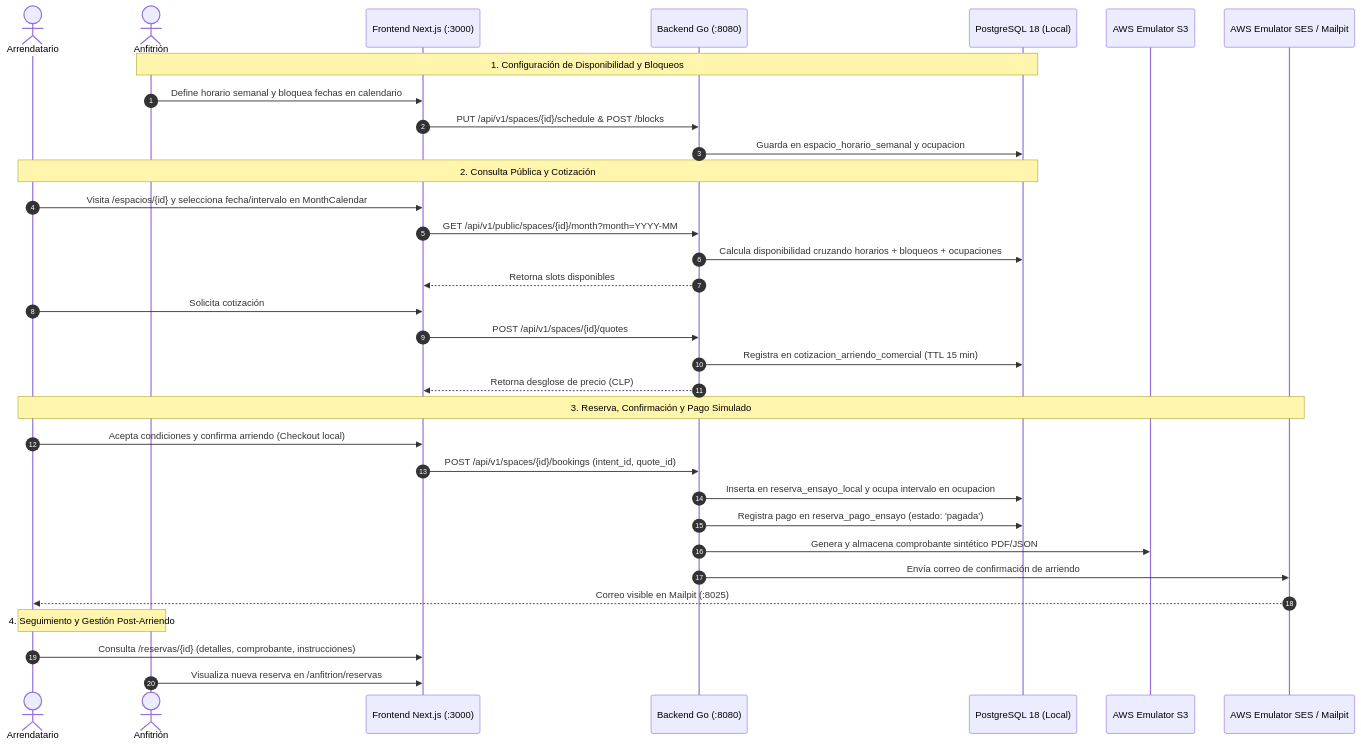
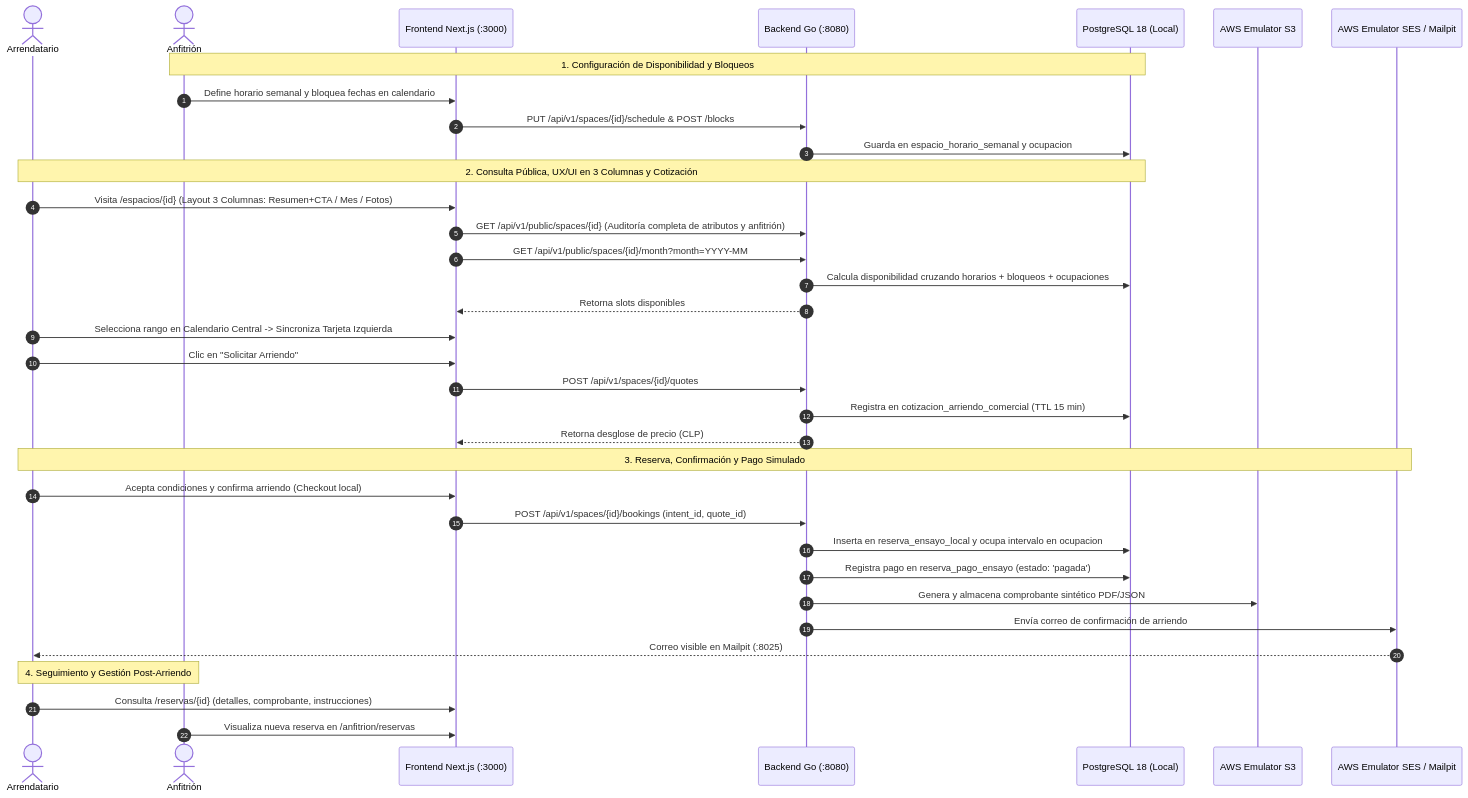
The diagram in planning/plan_flujo_arrendamiento_local_aws.md (HernanEspinozaDev/espacigo-aws), drawn with Mermaid before and after one commit. The commit also changed other lines of this file, not shown here.

Commit message:
docs(planning): integrate 3-column UX/UI public listing overhaul and field audit into rental plan

````diff
--- a/planning/plan_flujo_arrendamiento_local_aws.md
+++ b/planning/plan_flujo_arrendamiento_local_aws.md
@@ -31,39 +31,41 @@
 ```mermaid
 sequenceDiagram
     autonumber
     actor U as Arrendatario
     actor H as Anfitrión
     participant FE as Frontend Next.js (:3000)
     participant API as Backend Go (:8080)
     participant DB as PostgreSQL 18 (Local)
     participant S3 as AWS Emulator S3
     participant SES as AWS Emulator SES / Mailpit
 
     Note over H, DB: 1. Configuración de Disponibilidad y Bloqueos
     H->>FE: Define horario semanal y bloquea fechas en calendario
     FE->>API: PUT /api/v1/spaces/{id}/schedule & POST /blocks
     API->>DB: Guarda en espacio_horario_semanal y ocupacion
 
-    Note over U, DB: 2. Consulta Pública y Cotización
-    U->>FE: Visita /espacios/{id} y selecciona fecha/intervalo en MonthCalendar
+    Note over U, DB: 2. Consulta Pública, UX/UI en 3 Columnas y Cotización
+    U->>FE: Visita /espacios/{id} (Layout 3 Columnas: Resumen+CTA / Mes / Fotos)
+    FE->>API: GET /api/v1/public/spaces/{id} (Auditoría completa de atributos y anfitrión)
     FE->>API: GET /api/v1/public/spaces/{id}/month?month=YYYY-MM
     API->>DB: Calcula disponibilidad cruzando horarios + bloqueos + ocupaciones
     API-->>FE: Retorna slots disponibles
-    U->>FE: Solicita cotización
+    U->>FE: Selecciona rango en Calendario Central -> Sincroniza Tarjeta Izquierda
+    U->>FE: Clic en "Solicitar Arriendo"
     FE->>API: POST /api/v1/spaces/{id}/quotes
     API->>DB: Registra en cotizacion_arriendo_comercial (TTL 15 min)
     API-->>FE: Retorna desglose de precio (CLP)
 
     Note over U, SES: 3. Reserva, Confirmación y Pago Simulado
     U->>FE: Acepta condiciones y confirma arriendo (Checkout local)
     FE->>API: POST /api/v1/spaces/{id}/bookings (intent_id, quote_id)
     API->>DB: Inserta en reserva_ensayo_local y ocupa intervalo en ocupacion
     API->>DB: Registra pago en reserva_pago_ensayo (estado: 'pagada')
     API->>S3: Genera y almacena comprobante sintético PDF/JSON
     API->>SES: Envía correo de confirmación de arriendo
     SES-->>U: Correo visible en Mailpit (:8025)
 
     Note over U, H: 4. Seguimiento y Gestión Post-Arriendo
     U->>FE: Consulta /reservas/{id} (detalles, comprobante, instrucciones)
     H->>FE: Visualiza nueva reserva en /anfitrion/reservas
 ```
````
